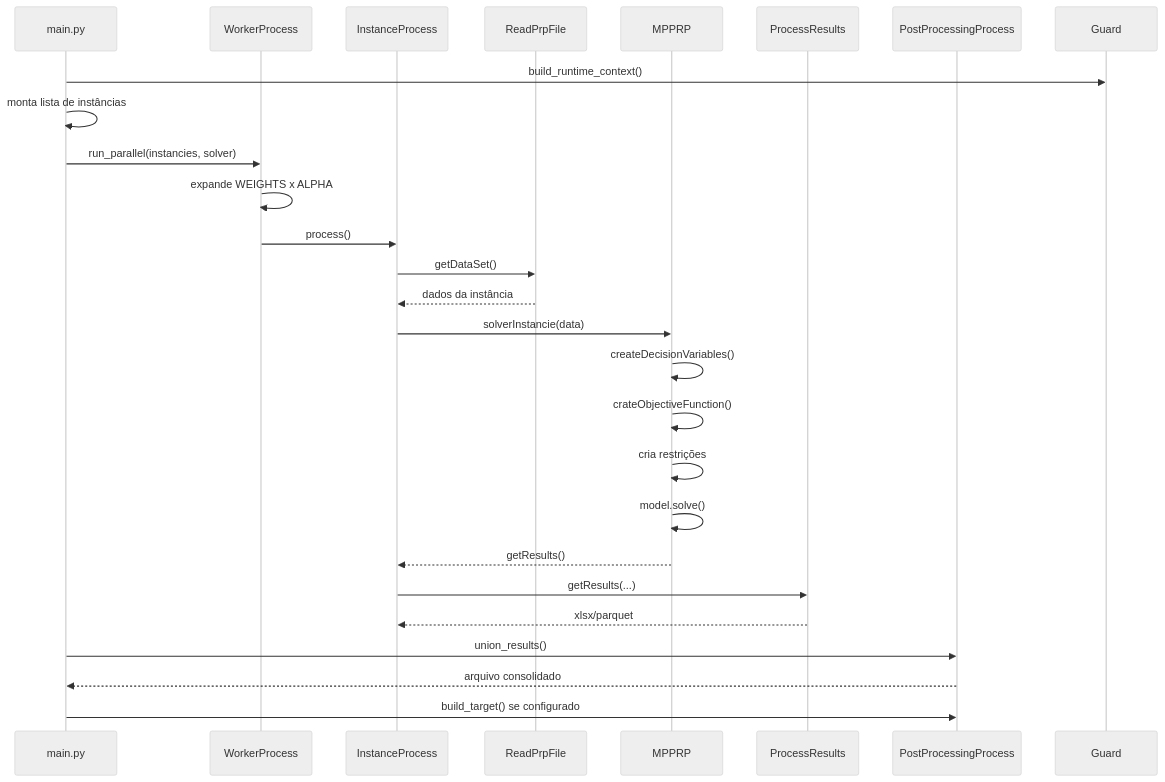
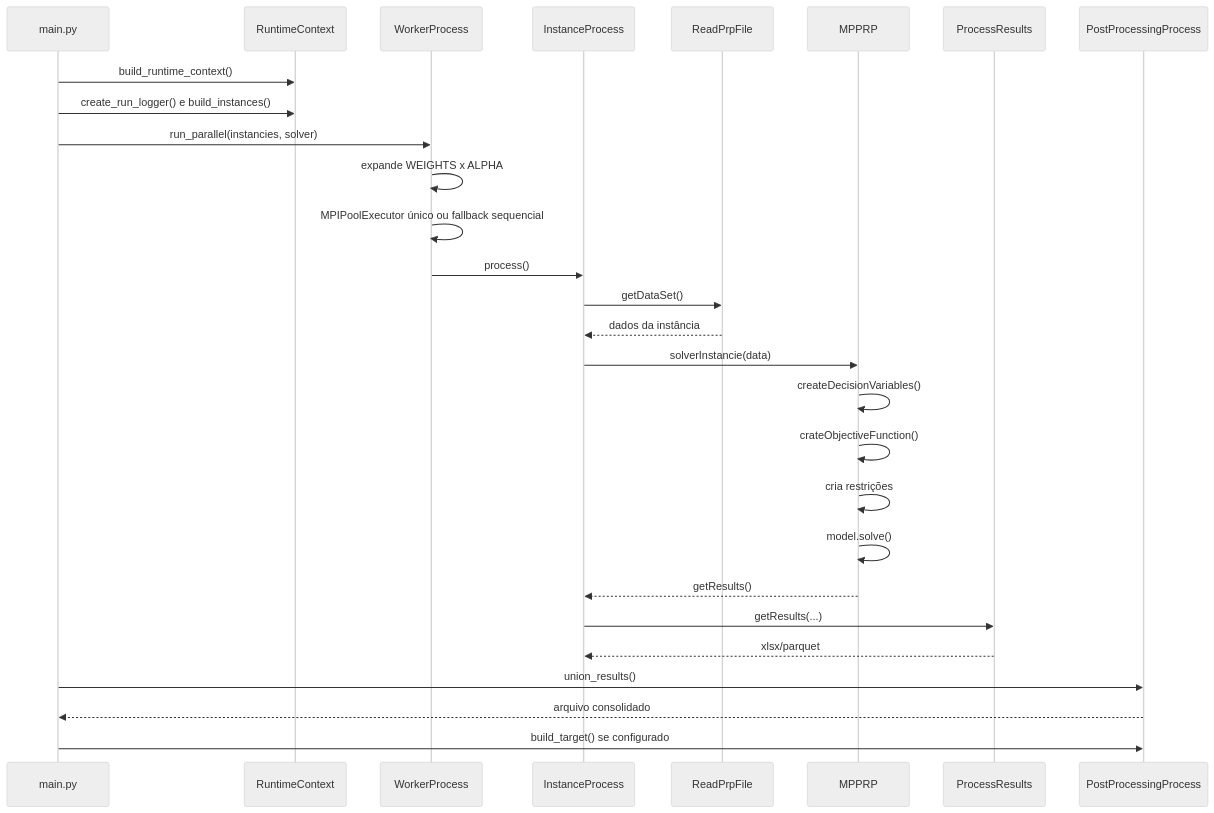
The third of 3 diagrams in AGENTS.md (gsamaro/lsvrp), drawn with Mermaid (neutral theme) before and after one commit. The commit also changed other lines of this file and 6 other files, not shown here.

````diff
--- a/AGENTS.md
+++ b/AGENTS.md
@@ -174,29 +176,31 @@
 ```mermaid
 sequenceDiagram
     participant Main as main.py
+    participant Runtime as RuntimeContext
     participant Worker as WorkerProcess
     participant Inst as InstanceProcess
     participant Parser as ReadPrpFile
     participant Solver as MPPRP
     participant Results as ProcessResults
     participant Post as PostProcessingProcess
 
-    Main->>Guard: build_runtime_context()
-    Main->>Main: monta lista de instâncias
+    Main->>Runtime: build_runtime_context()
+    Main->>Runtime: create_run_logger() e build_instances()
     Main->>Worker: run_parallel(instancies, solver)
     Worker->>Worker: expande WEIGHTS x ALPHA
+    Worker->>Worker: MPIPoolExecutor único ou fallback sequencial
     Worker->>Inst: process()
     Inst->>Parser: getDataSet()
     Parser-->>Inst: dados da instância
     Inst->>Solver: solverInstancie(data)
     Solver->>Solver: createDecisionVariables()
     Solver->>Solver: crateObjectiveFunction()
     Solver->>Solver: cria restrições
     Solver->>Solver: model.solve()
     Solver-->>Inst: getResults()
     Inst->>Results: getResults(...)
     Results-->>Inst: xlsx/parquet
     Main->>Post: union_results()
     Post-->>Main: arquivo consolidado
     Main->>Post: build_target() se configurado
 ```
````
